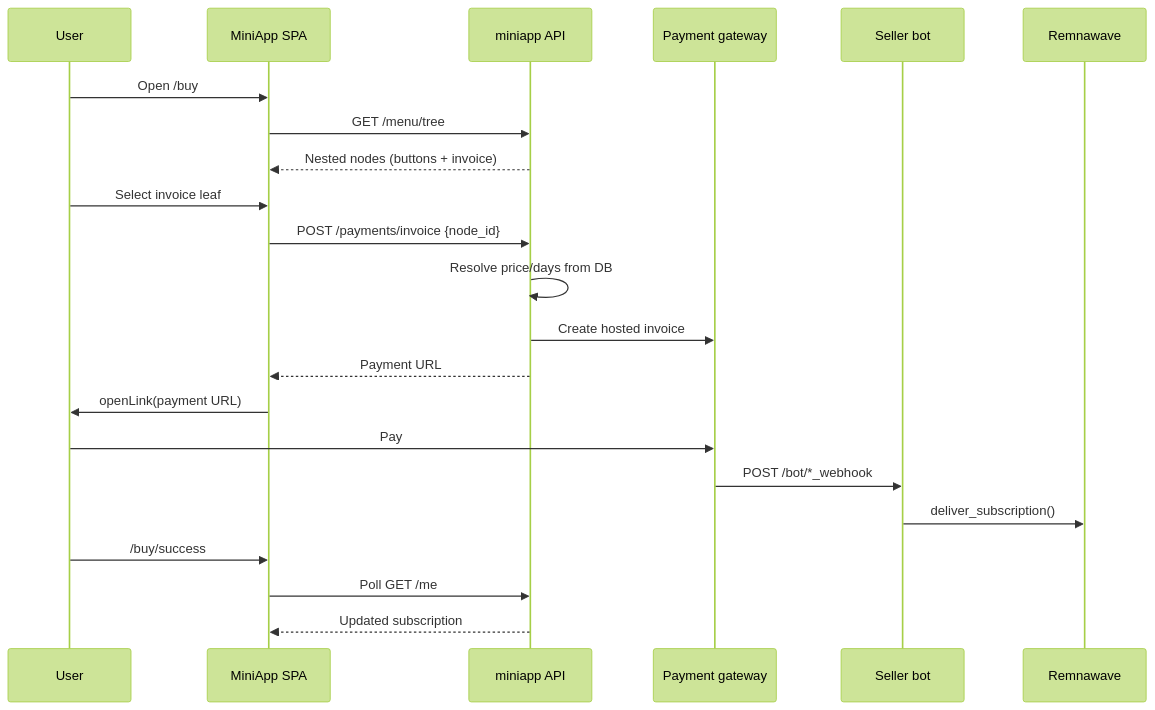
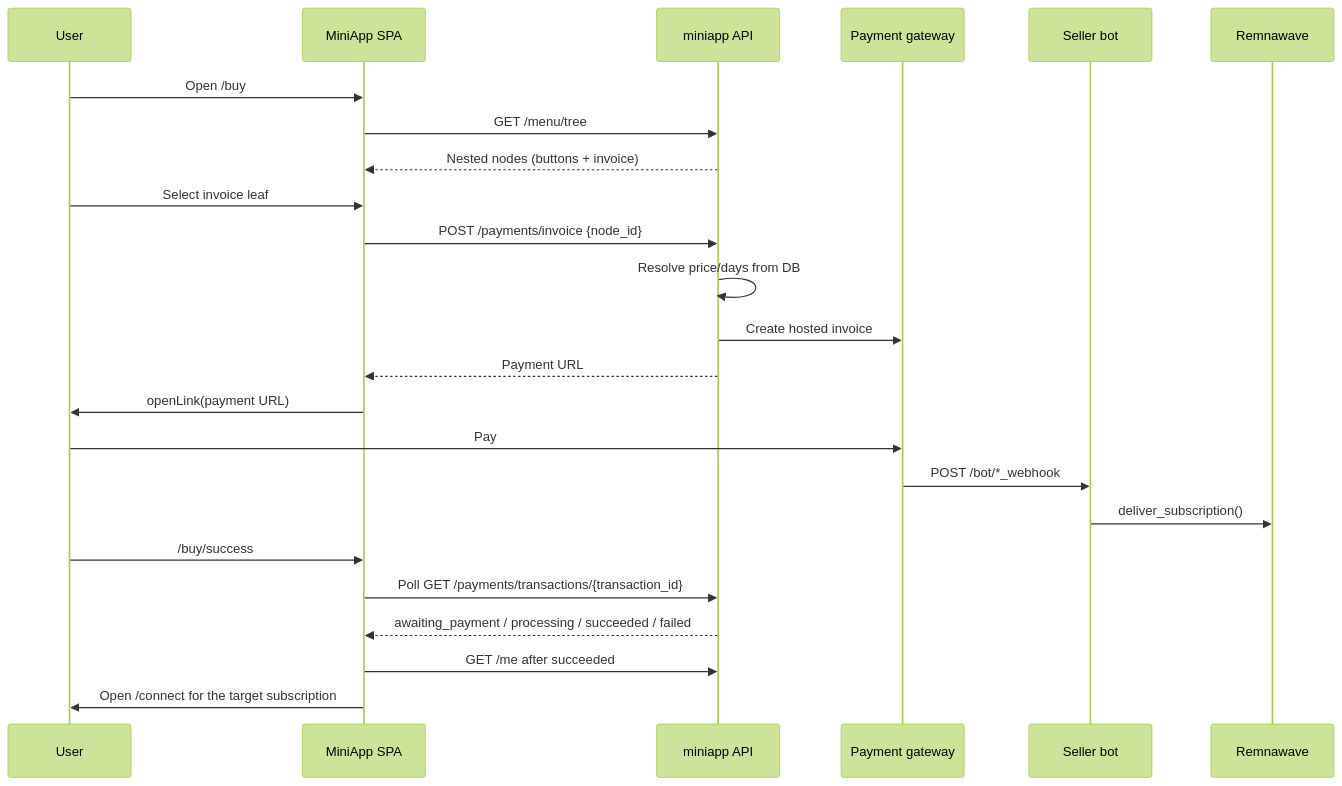
One commit to l0nelynx/xray-vpn-bot changed the diagram in docs/miniapp.md. Above: the diagram before and after it, drawn with Mermaid (forest theme). The commit also changed other lines of this file and 328 other files, not shown here.

````diff
--- a/docs/miniapp.md
+++ b/docs/miniapp.md
@@ -92,25 +100,27 @@
 ```mermaid
 sequenceDiagram
     participant U as User
     participant SPA as MiniApp SPA
     participant API as miniapp API
     participant PAY as Payment gateway
     participant BOT as Seller bot
     participant RW as Remnawave
 
     U->>SPA: Open /buy
     SPA->>API: GET /menu/tree
     API-->>SPA: Nested nodes (buttons + invoice)
     U->>SPA: Select invoice leaf
     SPA->>API: POST /payments/invoice {node_id}
     API->>API: Resolve price/days from DB
     API->>PAY: Create hosted invoice
     API-->>SPA: Payment URL
     SPA->>U: openLink(payment URL)
     U->>PAY: Pay
     PAY->>BOT: POST /bot/*_webhook
     BOT->>RW: deliver_subscription()
     U->>SPA: /buy/success
-    SPA->>API: Poll GET /me
-    API-->>SPA: Updated subscription
+    SPA->>API: Poll GET /payments/transactions/{transaction_id}
+    API-->>SPA: awaiting_payment / processing / succeeded / failed
+    SPA->>API: GET /me after succeeded
+    SPA->>U: Open /connect for the target subscription
 ```
````
